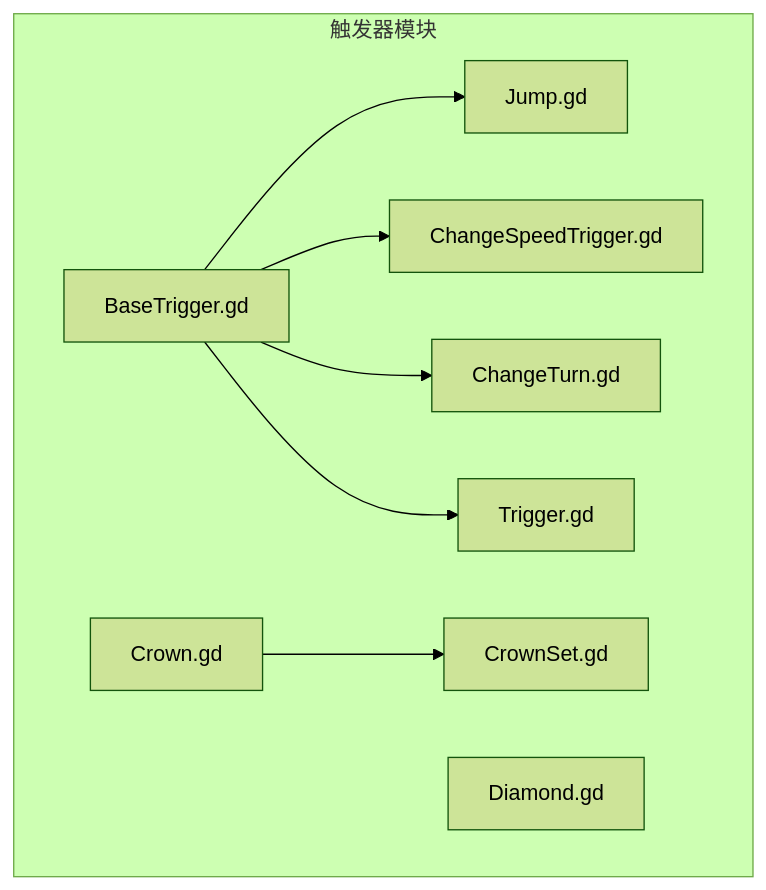
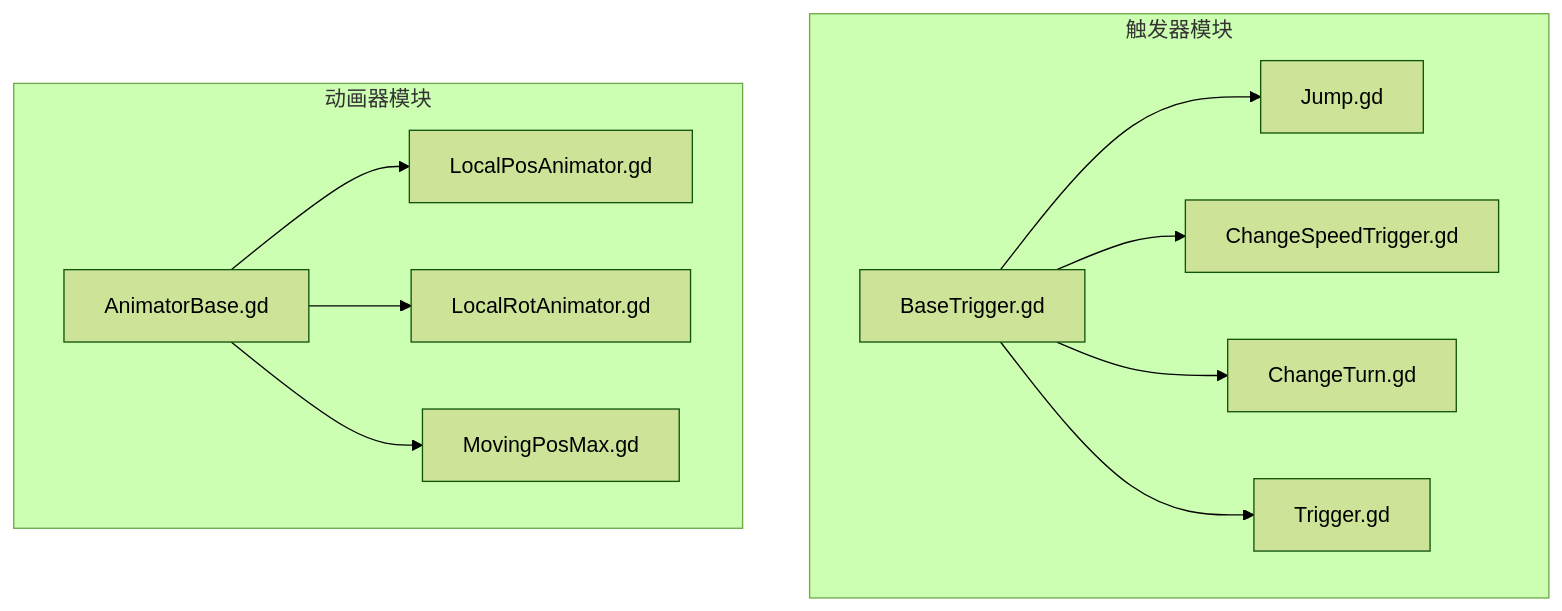
One commit to godotline/godot-line changed the first of 3 diagrams in .qoder/repowiki/zh/content/API参考/触发器系统API.md. Above: the diagram before and after it, drawn with Mermaid (forest theme). The commit also changed other lines of this file and 13 other files, not shown here.

````diff
--- a/.qoder/repowiki/zh/content/API参考/触发器系统API.md
+++ b/.qoder/repowiki/zh/content/API参考/触发器系统API.md
@@ -37,18 +38,23 @@
 ```mermaid
 graph TB
 subgraph "触发器模块"
 BT["BaseTrigger.gd"]
 JT["Jump.gd"]
 CST["ChangeSpeedTrigger.gd"]
 CT["ChangeTurn.gd"]
 TR["Trigger.gd"]
-CR["Crown.gd"]
-DM["Diamond.gd"]
-CS["CrownSet.gd"]
+end
+subgraph "动画器模块"
+AB["AnimatorBase.gd"]
+LP["LocalPosAnimator.gd"]
+LR["LocalRotAnimator.gd"]
+MP["MovingPosMax.gd"]
 end
 BT --> JT
 BT --> CST
 BT --> CT
 BT --> TR
-CR --> CS
+AB --> LP
+AB --> LR
+AB --> MP
 ```
````
